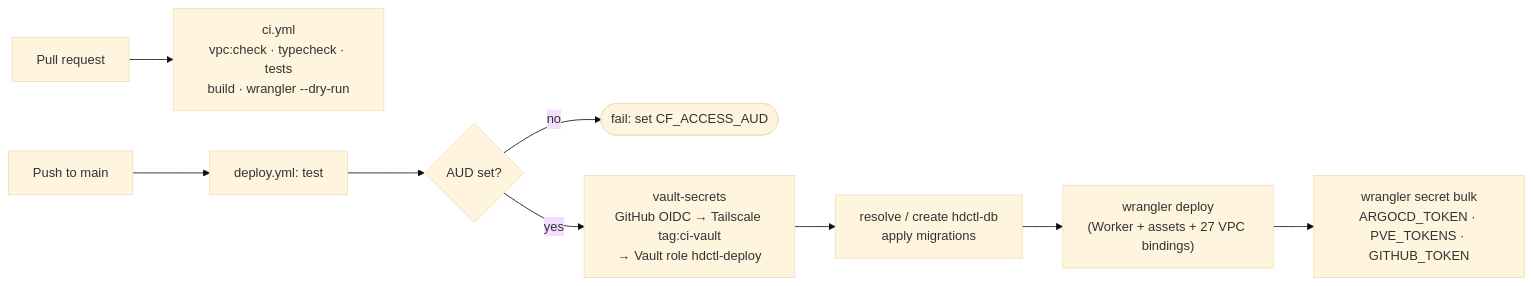
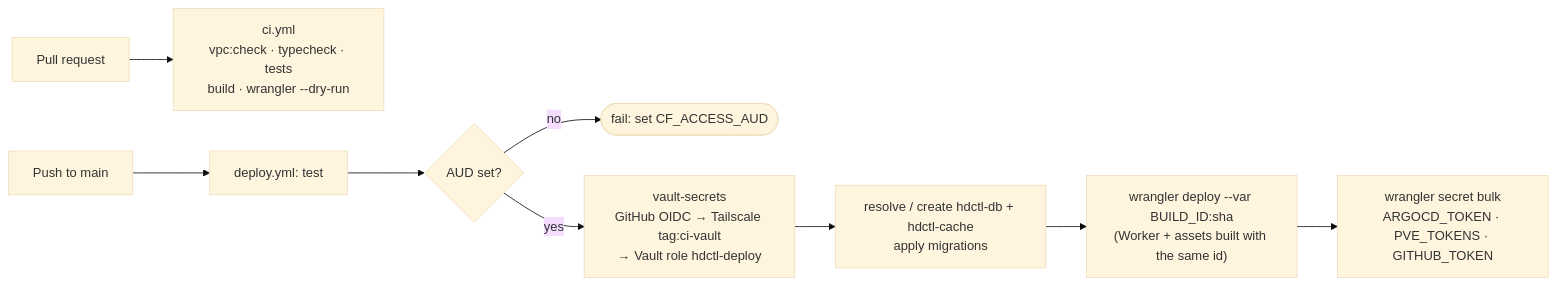
One commit to mike12806/hdctl changed the seventh of 7 diagrams in README.md. Above: the diagram before and after it, drawn with Mermaid (base theme). The commit also changed other lines of this file and 23 other files, not shown here.

````diff
--- a/README.md
+++ b/README.md
@@ -252,11 +325,11 @@
 ```mermaid
 flowchart LR
   pr["Pull request"] --> ci["ci.yml<br/>vpc:check · typecheck · tests<br/>build · wrangler --dry-run"]
   main["Push to main"] --> test["deploy.yml: test"]
   test --> aud{"AUD set?"}
   aud -->|no| stop(["fail: set CF_ACCESS_AUD"])
   aud -->|yes| vault["vault-secrets<br/>GitHub OIDC → Tailscale tag:ci-vault<br/>→ Vault role hdctl-deploy"]
-  vault --> d1["resolve / create hdctl-db<br/>apply migrations"]
-  d1 --> dep["wrangler deploy<br/>(Worker + assets + 27 VPC bindings)"]
+  vault --> d1["resolve / create hdctl-db + hdctl-cache<br/>apply migrations"]
+  d1 --> dep["wrangler deploy --var BUILD_ID:sha<br/>(Worker + assets built with the same id)"]
   dep --> sec["wrangler secret bulk<br/>ARGOCD_TOKEN · PVE_TOKENS · GITHUB_TOKEN"]
 ```
````
